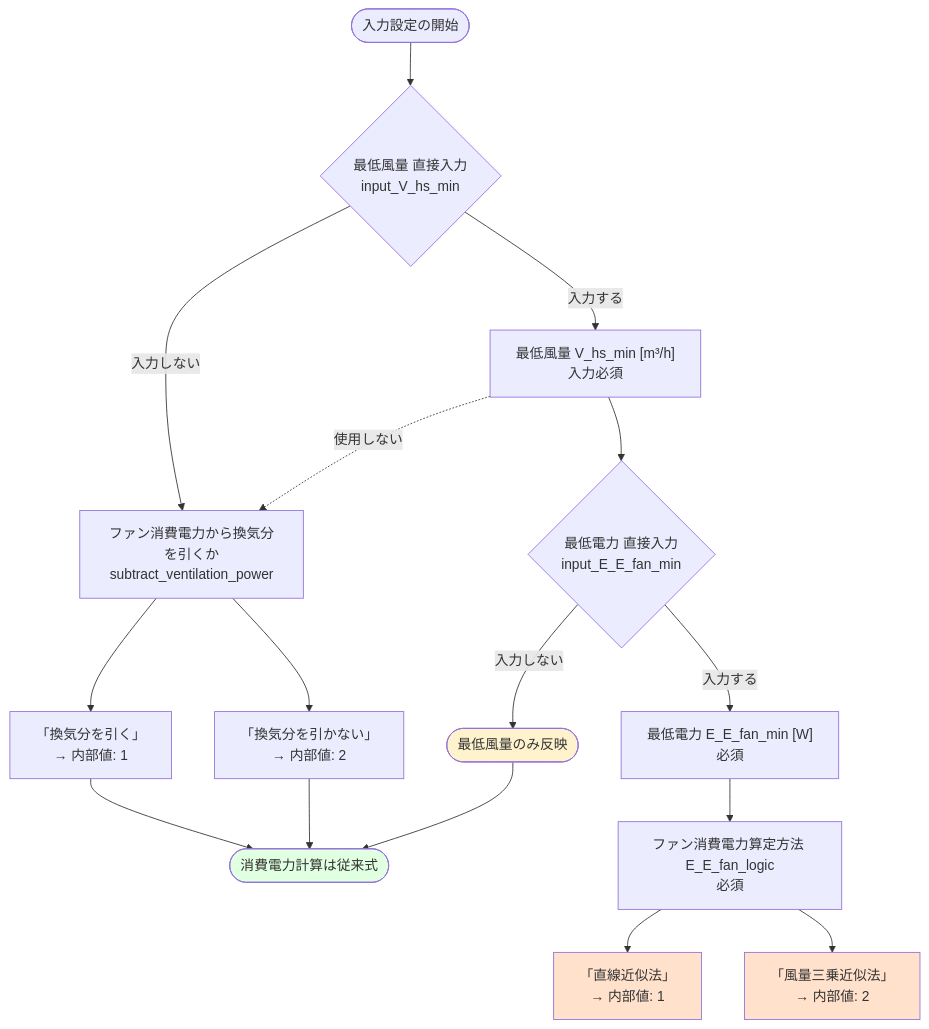
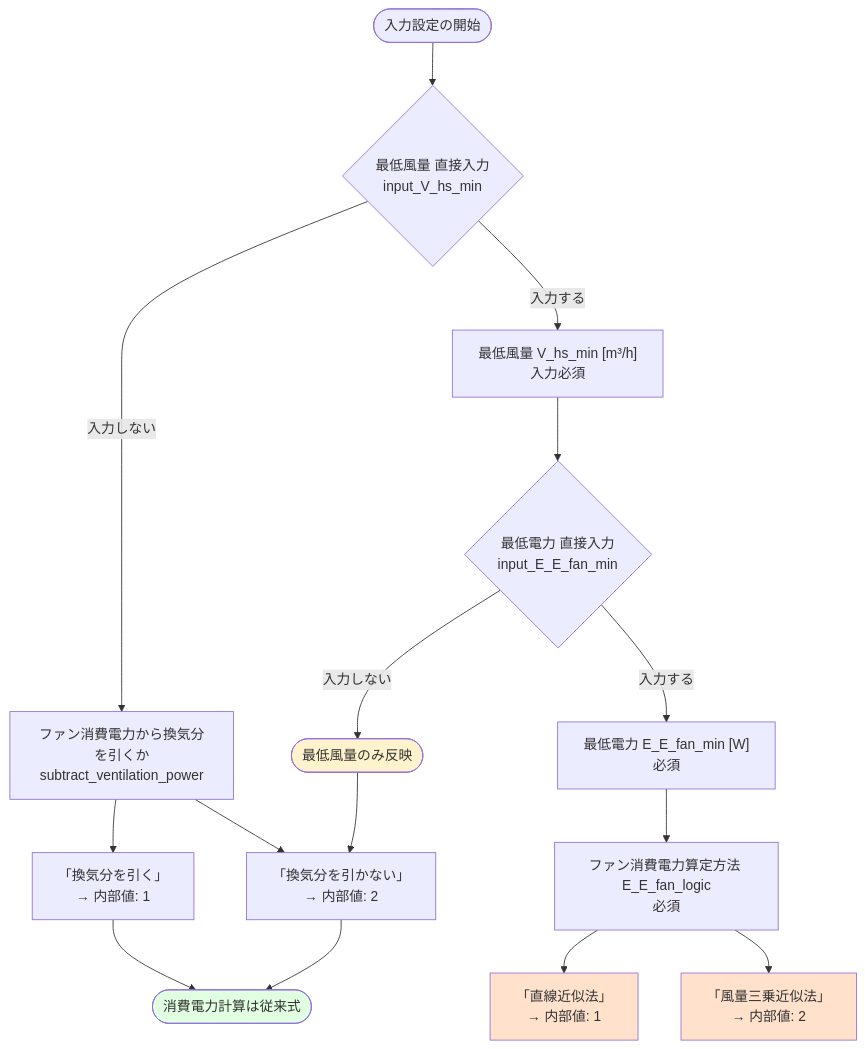
The first of 8 diagrams in docs/最低風量_最低電力_直接入力.md (iguchi-lab/Verification-Platform-Next), drawn with Mermaid before and after one commit. The commit also changed other lines of this file, not shown here.

````diff
--- a/docs/最低風量_最低電力_直接入力.md
+++ b/docs/最低風量_最低電力_直接入力.md
@@ -45,28 +45,27 @@
 ```mermaid
 flowchart TD
 
 Start([入力設定の開始])
 --> Q1{最低風量 直接入力<br/>input_V_hs_min}
 
 Q1 -->|入力しない| A1[ファン消費電力から換気分を引くか<br/>subtract_ventilation_power]
 A1 --> A1a["「換気分を引く」<br/>→ 内部値: 1"]
 A1 --> A1b["「換気分を引かない」<br/>→ 内部値: 2"]
 
 Q1 -->|入力する| B1["最低風量 V_hs_min [m³/h]<br/>入力必須"]
-B1 -.-> |使用しない| A1
-
 B1 --> Q2{最低電力 直接入力<br/>input_E_E_fan_min}
 
 Q2 -->|入力しない| EndB([最低風量のみ反映])
-A1a & A1b & EndB --> EndA([消費電力計算は従来式])
+EndB --> A1b
+A1a & A1b --> EndA([消費電力計算は従来式])
 
 Q2 -->|入力する| C1["最低電力 E_E_fan_min [W]<br/>必須"]
 C1 --> C2["ファン消費電力算定方法 E_E_fan_logic<br/>必須"]
 C2 --> C2a["「直線近似法」<br/>→ 内部値: 1"]
 C2 --> C2b["「風量三乗近似法」<br/>→ 内部値: 2"]
 
 style EndA fill:#e1ffe1
 style EndB fill:#fff3cd
 style C2a fill:#ffe1cc
 style C2b fill:#ffe1cc
 ```
````
